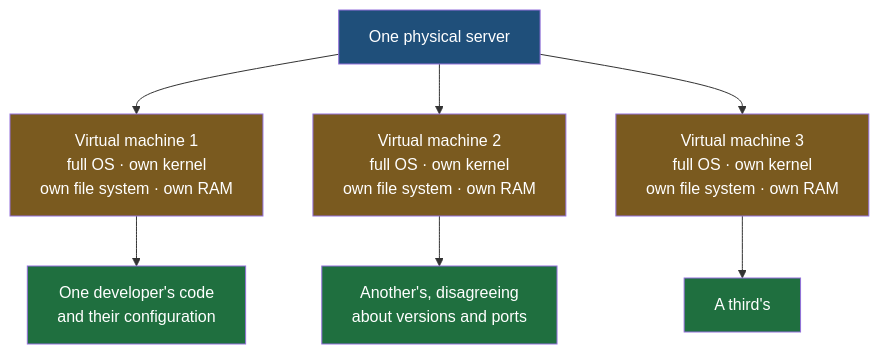
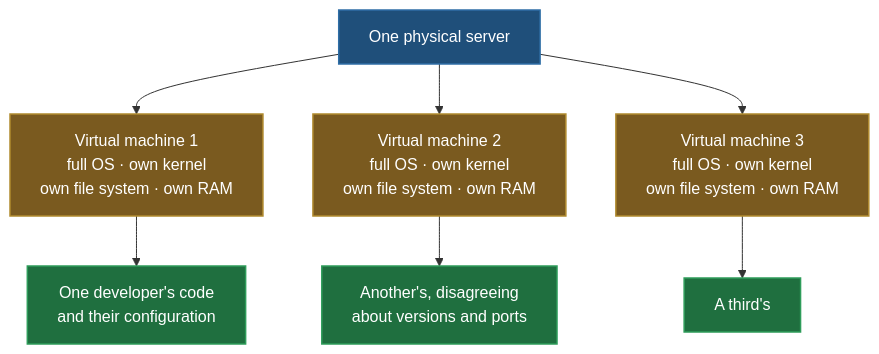
The third of 4 diagrams in Devops/07-Docker/01-Why-Containers-Exist.md (Dummy-Bug/system-design-handbook), drawn with Mermaid before and after one commit. The commit also changed other lines of this file and 5 other files, not shown here.

````diff
--- a/Devops/07-Docker/01-Why-Containers-Exist.md
+++ b/Devops/07-Docker/01-Why-Containers-Exist.md
@@ -88,16 +92,15 @@
 ```mermaid
 flowchart TB
     HW["One physical server"] --> VM1["Virtual machine 1<br/>full OS · own kernel<br/>own file system · own RAM"]
     HW --> VM2["Virtual machine 2<br/>full OS · own kernel<br/>own file system · own RAM"]
     HW --> VM3["Virtual machine 3<br/>full OS · own kernel<br/>own file system · own RAM"]
     VM1 --> A1["One developer's code<br/>and their configuration"]
     VM2 --> A2["Another's, disagreeing<br/>about versions and ports"]
     VM3 --> A3["A third's"]
-    style HW fill:#1f4f7a,color:#fff
-    style VM1 fill:#7a5a1f,color:#fff
-    style VM2 fill:#7a5a1f,color:#fff
-    style VM3 fill:#7a5a1f,color:#fff
-    style A1 fill:#1f6f3f,color:#fff
-    style A2 fill:#1f6f3f,color:#fff
-    style A3 fill:#1f6f3f,color:#fff
+    classDef mech fill:#1f4f7a,stroke:#2f6ea6,stroke-width:1.5px,color:#fff
+    classDef good fill:#1f6f3f,stroke:#2e9c5a,stroke-width:1.5px,color:#fff
+    classDef step fill:#7a5a1f,stroke:#b08a2e,stroke-width:1.5px,color:#fff
+    class HW mech
+    class A1,A2,A3 good
+    class VM1,VM2,VM3 step
 ```
````
